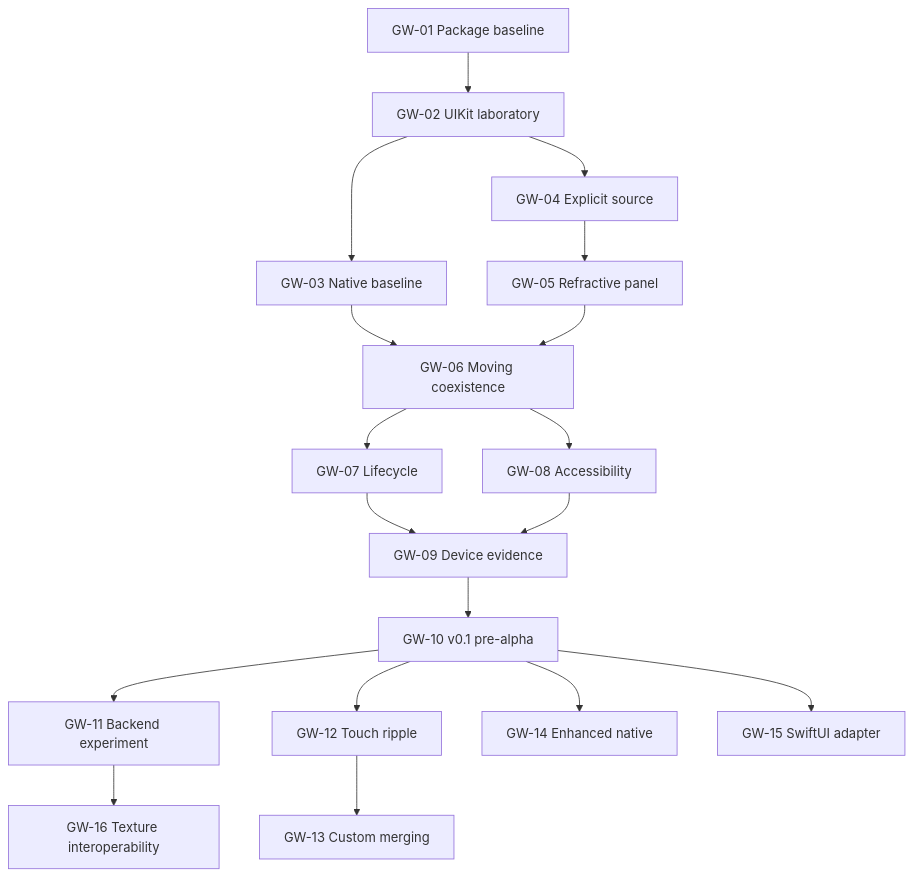
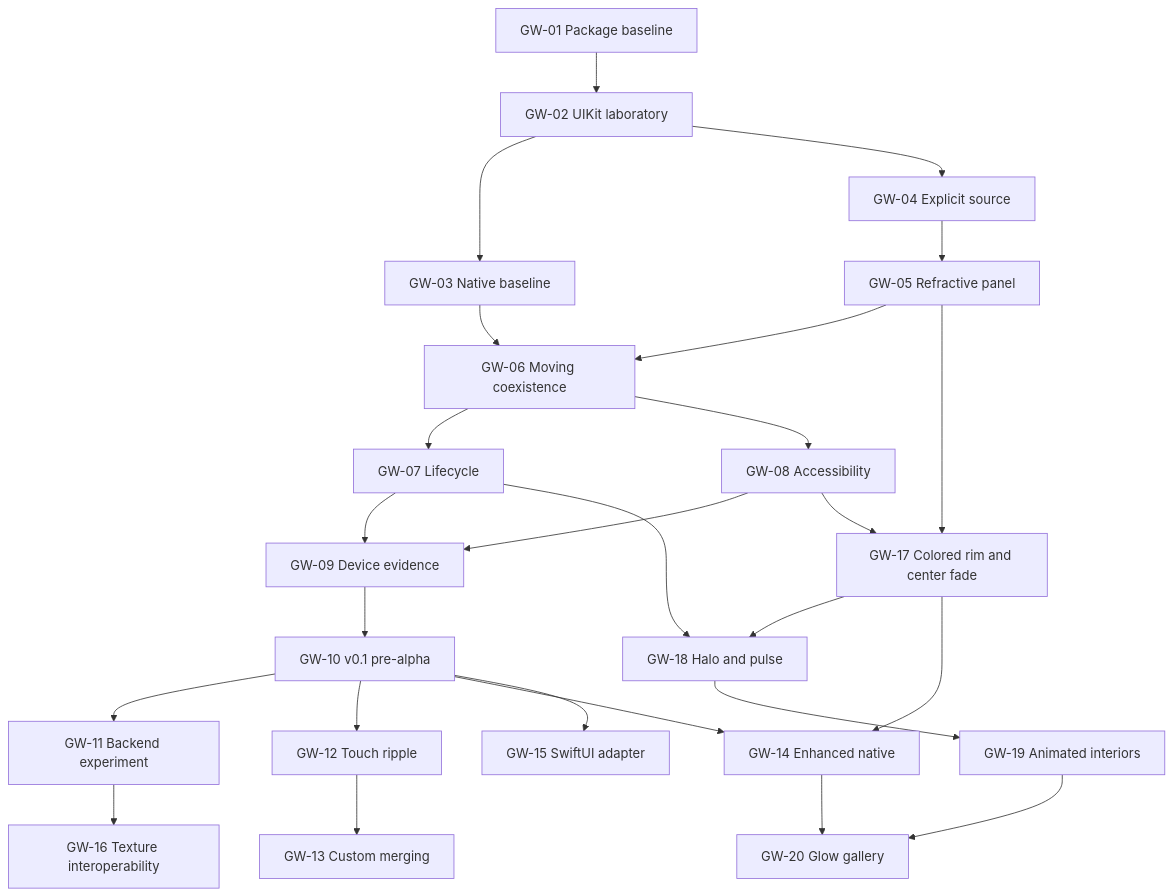
The diagram in tasks/plan.md (Mitternacht/GlassWeave), drawn with Mermaid before and after one commit. The commit also changed other lines of this file and 1 other file, not shown here.

First line of the commit message:
GW-17: record the glow scope change and tasks

````diff
--- a/tasks/plan.md
+++ b/tasks/plan.md
@@ -58,20 +71,28 @@
 ```mermaid
 flowchart TD
     GW01[GW-01 Package baseline] --> GW02[GW-02 UIKit laboratory]
     GW02 --> GW03[GW-03 Native baseline]
     GW02 --> GW04[GW-04 Explicit source]
     GW04 --> GW05[GW-05 Refractive panel]
     GW03 --> GW06[GW-06 Moving coexistence]
     GW05 --> GW06
     GW06 --> GW07[GW-07 Lifecycle]
     GW06 --> GW08[GW-08 Accessibility]
     GW07 --> GW09[GW-09 Device evidence]
     GW08 --> GW09
     GW09 --> GW10[GW-10 v0.1 pre-alpha]
     GW10 --> GW11[GW-11 Backend experiment]
     GW10 --> GW12[GW-12 Touch ripple]
     GW12 --> GW13[GW-13 Custom merging]
     GW10 --> GW14[GW-14 Enhanced native]
     GW10 --> GW15[GW-15 SwiftUI adapter]
     GW11 --> GW16[GW-16 Texture interoperability]
+    GW05 --> GW17[GW-17 Colored rim and center fade]
+    GW08 --> GW17
+    GW17 --> GW18[GW-18 Halo and pulse]
+    GW07 --> GW18
+    GW18 --> GW19[GW-19 Animated interiors]
+    GW17 --> GW14
+    GW14 --> GW20[GW-20 Glow gallery]
+    GW19 --> GW20
 ```
````
